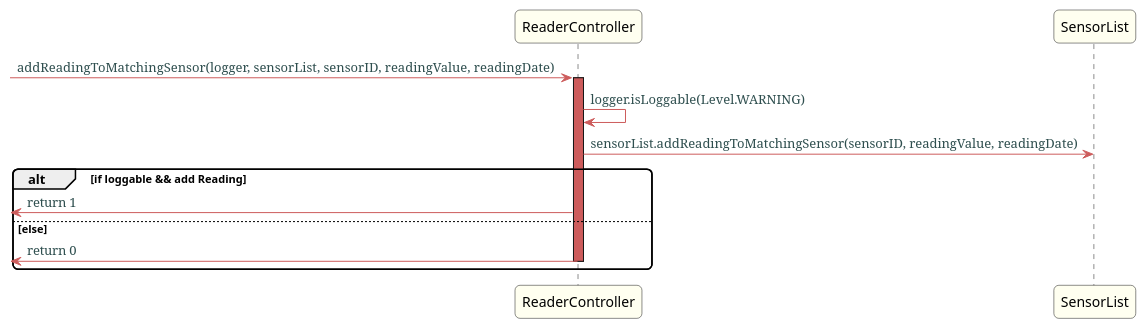
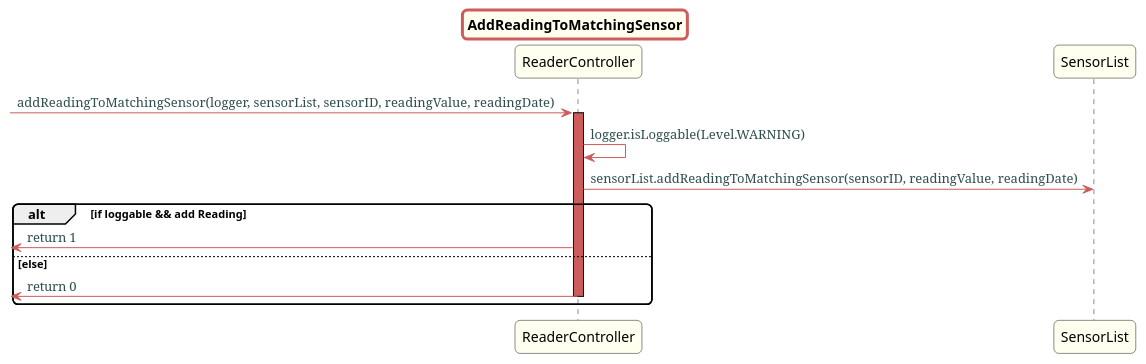
Before and after one commit to Almadanmp/project: the diagram in src/doc/Controllers/HouseConfiguration/US20v2/AddReadingToMatchingSensor.puml, drawn with PlantUML. The commit also changed 16 other files, not shown here.

```diff
--- a/src/doc/Controllers/HouseConfiguration/US20v2/AddReadingToMatchingSensor.puml
+++ b/src/doc/Controllers/HouseConfiguration/US20v2/AddReadingToMatchingSensor.puml
@@ -1,44 +1,44 @@
 @startuml
 
 skinparam titleBorderRoundCorner 10
 skinparam titleBorderThickness 3
 skinparam titleBorderColor indianred
 skinparam titleBackgroundColor ivory
 skinparam FontName quicksand
 
 skinparam actor {
  	BorderColor indianred
  	}
 
  skinparam sequence {
  	LifeLineBackgroundColor indianred
  	ParticipantBackgroundColor ivory
  }
 
  skinparam roundcorner 10
 
  skinparam component {
    arrowThickness 1
    ArrowFontName Verdana
    ArrowColor indianred
    ArrowFontColor darkslategrey
  }
 
 
-
+title AddReadingToMatchingSensor
 -> ReaderController: addReadingToMatchingSensor(logger, sensorList, sensorID, readingValue, readingDate)
 activate ReaderController
 
 ReaderController -> ReaderController: logger.isLoggable(Level.WARNING)
 ReaderController -> SensorList: sensorList.addReadingToMatchingSensor(sensorID, readingValue, readingDate)
 
 alt if loggable && add Reading
 
 <- ReaderController: return 1
 
 else else
 <- ReaderController: return 0
 deactivate ReaderController
 end
 
 @enduml
```
